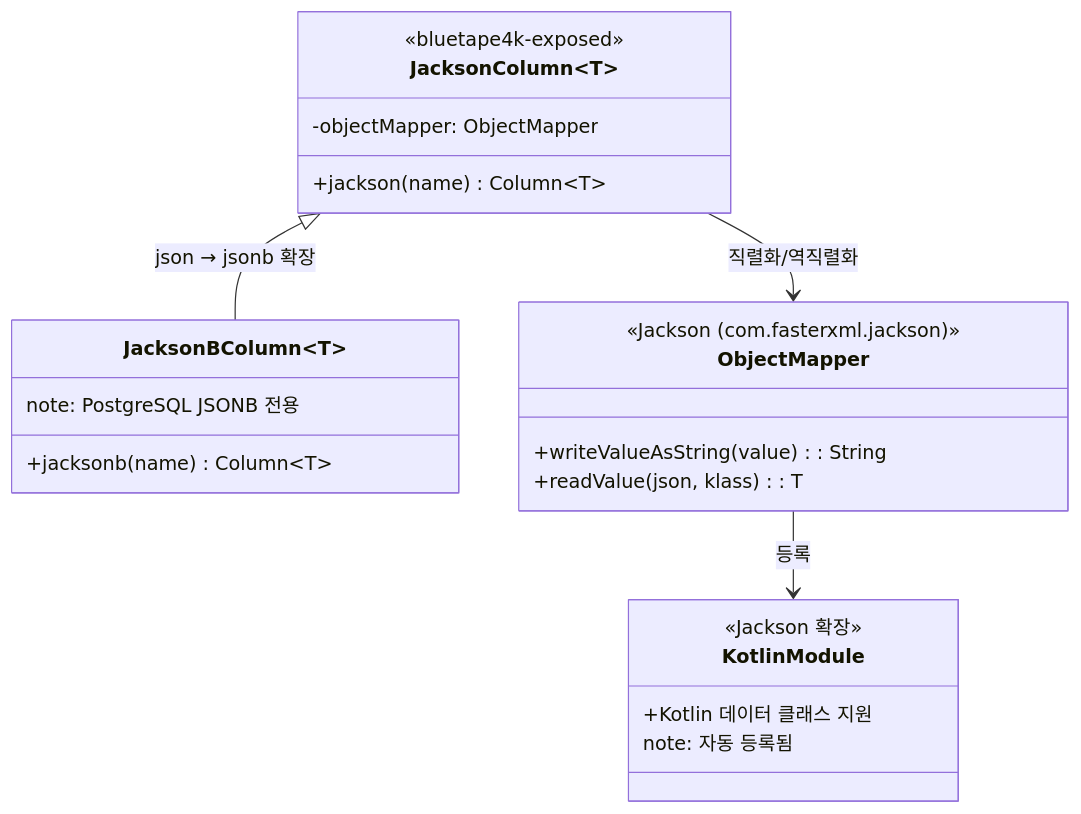
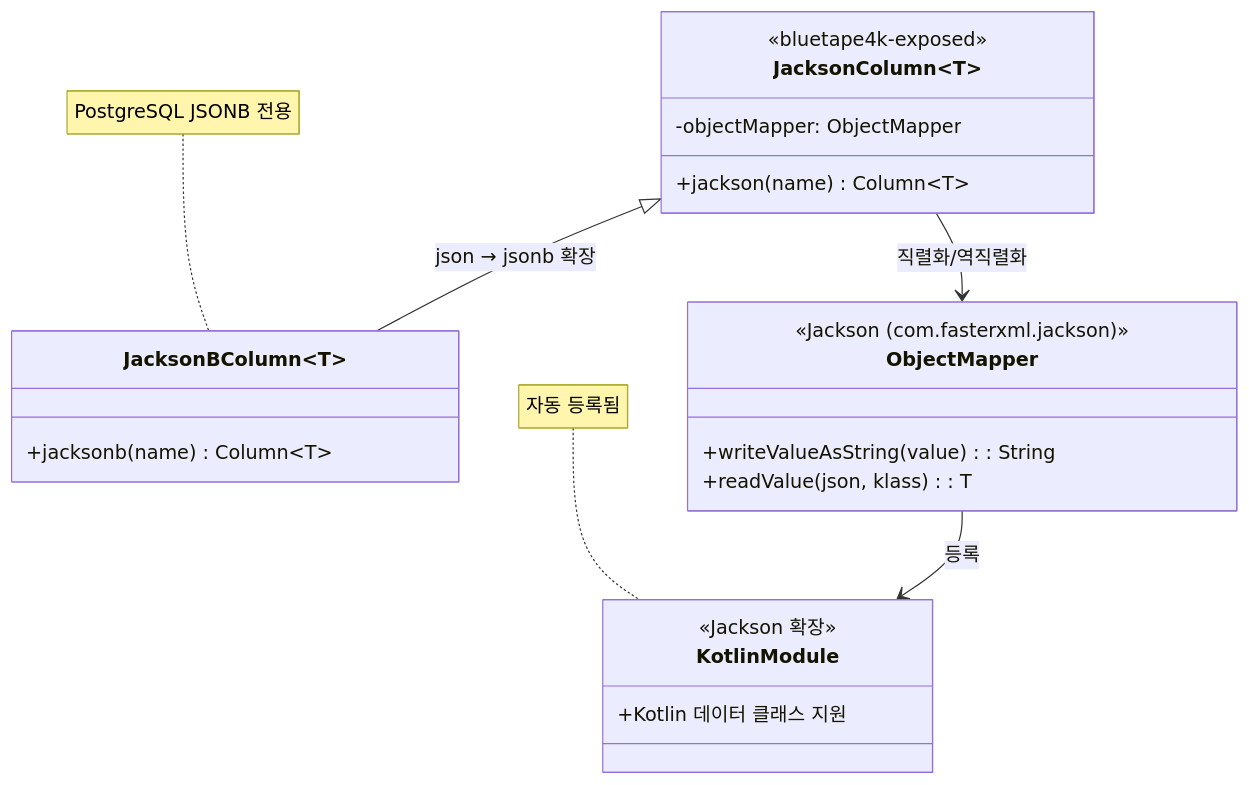
Before and after one commit to bluetape4k/exposed-r2dbc-workshop: the diagram in 06-advanced/08-exposed-r2dbc-jackson/README.md, drawn with Mermaid. The commit also changed 8 other files, not shown here.

First line of the commit message:
docs: Mermaid 다이어그램 note 속성 개선

````diff
--- a/06-advanced/08-exposed-r2dbc-jackson/README.md
+++ b/06-advanced/08-exposed-r2dbc-jackson/README.md
@@ -65,26 +65,26 @@
 ```mermaid
 classDiagram
     class JacksonColumn~T~ {
         <<bluetape4k-exposed>>
         +jackson(name) Column~T~
         -objectMapper: ObjectMapper
     }
     class JacksonBColumn~T~ {
         +jacksonb(name) Column~T~
-        note: PostgreSQL JSONB 전용
     }
+    note for JacksonBColumn "PostgreSQL JSONB 전용"
     class ObjectMapper {
         <<Jackson (com.fasterxml.jackson)>>
         +writeValueAsString(value): String
         +readValue(json, klass): T
     }
     class KotlinModule {
         <<Jackson 확장>>
         +Kotlin 데이터 클래스 지원
-        note: 자동 등록됨
     }
+    note for KotlinModule "자동 등록됨"
 
     JacksonColumn <|-- JacksonBColumn : json → jsonb 확장
     JacksonColumn --> ObjectMapper : 직렬화/역직렬화
     ObjectMapper --> KotlinModule : 등록
 ```
````
